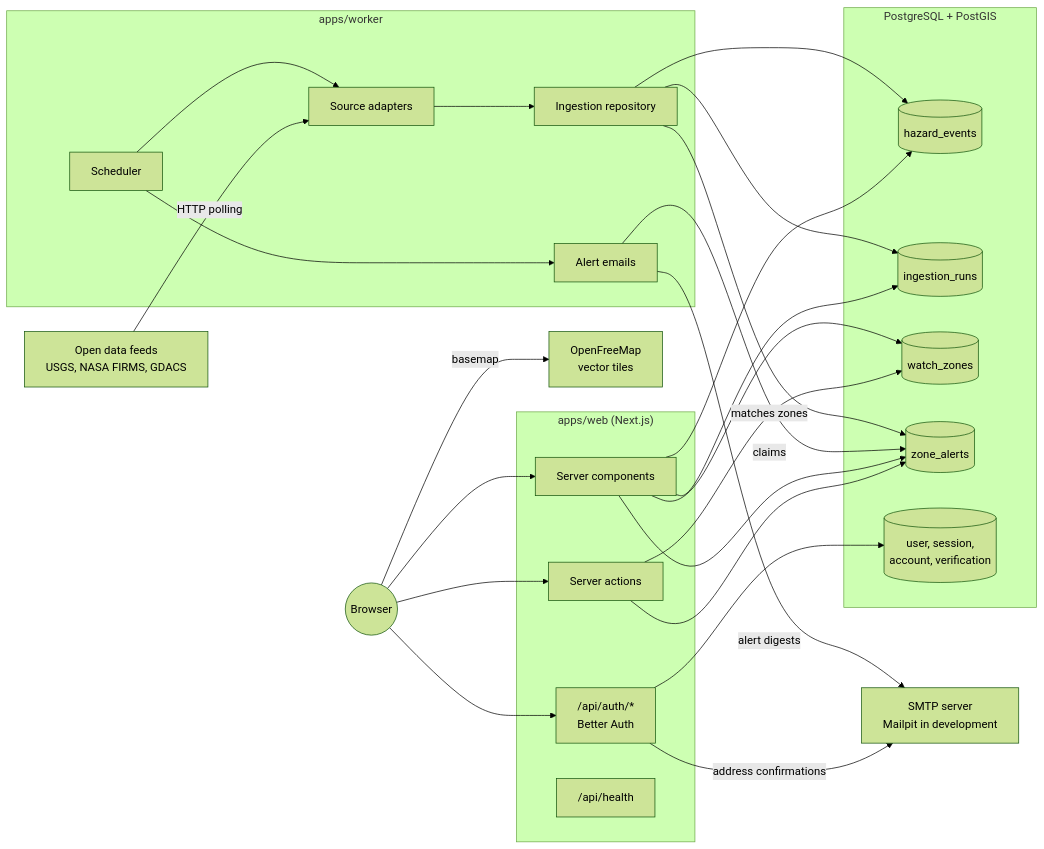
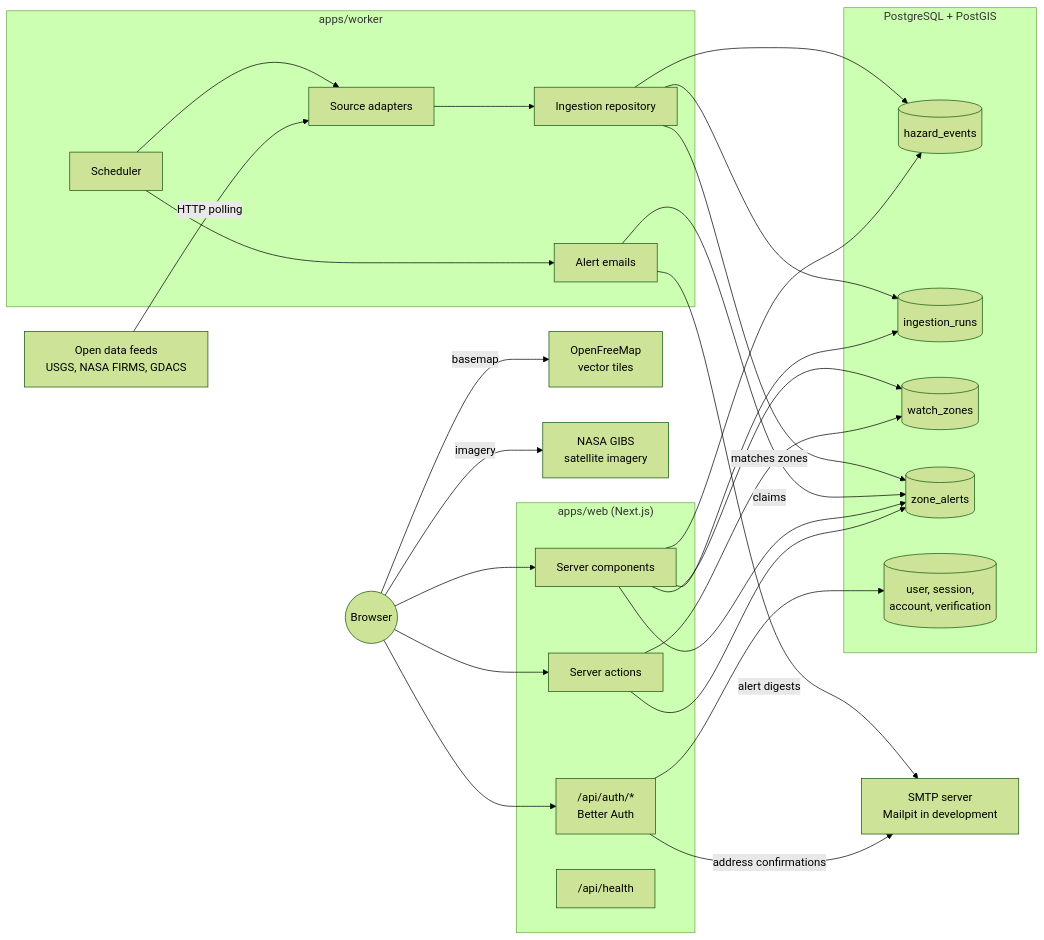
Before and after one commit to HIRATRA/hazardwatch: the first of 2 diagrams in docs/architecture.md, drawn with Mermaid (forest theme). The commit also changed other lines of this file and 3 other files, not shown here.

First line of the commit message:
docs: document the globe and its NASA imagery

````diff
--- a/docs/architecture.md
+++ b/docs/architecture.md
@@ -13,47 +13,49 @@
 ```mermaid
 flowchart LR
     feeds["Open data feeds<br/>USGS, NASA FIRMS, GDACS"]
     browser(("Browser"))
     tiles["OpenFreeMap<br/>vector tiles"]
+    imagery["NASA GIBS<br/>satellite imagery"]
     smtp["SMTP server<br/>Mailpit in development"]
 
     subgraph worker ["apps/worker"]
         scheduler["Scheduler"] --> adapters["Source adapters"]
         adapters --> repository["Ingestion repository"]
         scheduler --> notifier["Alert emails"]
     end
 
     subgraph web ["apps/web (Next.js)"]
         pages["Server components"]
         actions["Server actions"]
         authApi["/api/auth/*<br/>Better Auth"]
         health["/api/health"]
     end
 
     subgraph database ["PostgreSQL + PostGIS"]
         events[("hazard_events")]
         runs[("ingestion_runs")]
         zones[("watch_zones")]
         alerts[("zone_alerts")]
         authTables[("user, session,<br/>account, verification")]
     end
 
     feeds -- "HTTP polling" --> adapters
     repository --> events
     repository --> runs
     repository -- "matches zones" --> alerts
     notifier -- "claims" --> alerts
     notifier -- "alert digests" --> smtp
     browser --> pages
     browser --> actions
     browser --> authApi
     browser -- "basemap" --> tiles
+    browser -- "imagery" --> imagery
     pages --> events
     pages --> runs
     pages --> zones
     pages --> alerts
     actions --> zones
     actions --> alerts
     authApi --> authTables
     authApi -- "address confirmations" --> smtp
 ```
````
